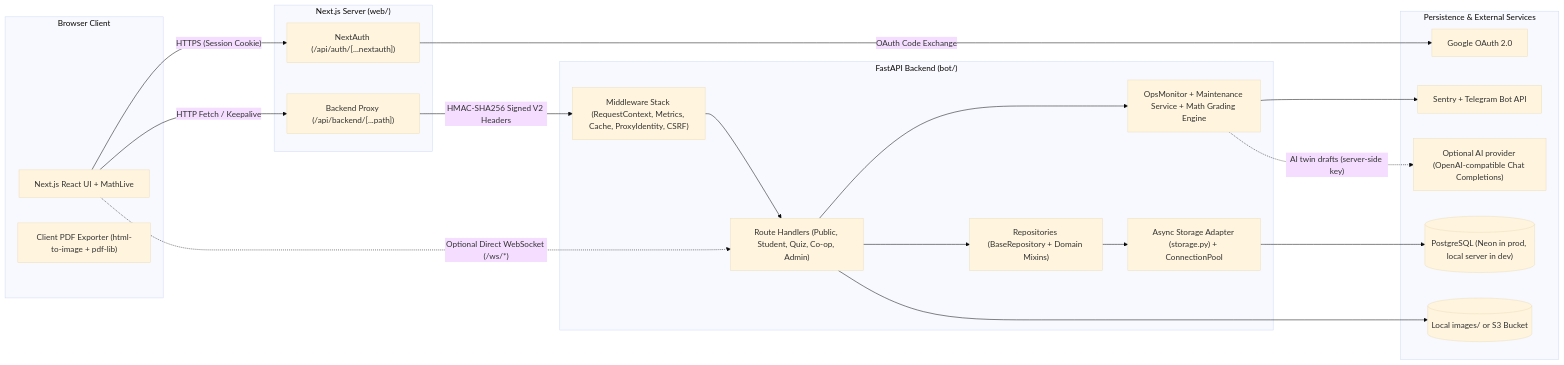
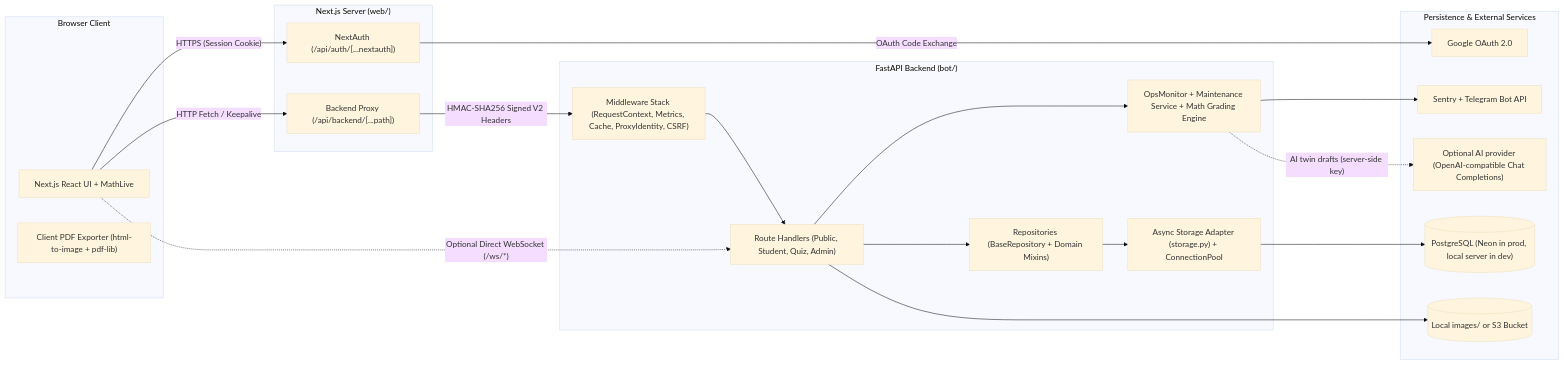
One commit to ernurreen-rgb/mathbott changed the diagram in docs/architecture/system-overview.md. Above: the diagram before and after it, drawn with Mermaid (base theme). The commit also changed other lines of this file and 38 other files, not shown here.

````diff
--- a/docs/architecture/system-overview.md
+++ b/docs/architecture/system-overview.md
@@ -11,42 +11,42 @@
 ```mermaid
 flowchart LR
     subgraph Client["Browser Client"]
         UI["Next.js React UI + MathLive"]
         PDF["Client PDF Exporter (html-to-image + pdf-lib)"]
     end
 
     subgraph Edge["Next.js Server (web/)"]
         NextAuth["NextAuth (/api/auth/[...nextauth])"]
         Proxy["Backend Proxy (/api/backend/[...path])"]
     end
 
     subgraph API["FastAPI Backend (bot/)"]
         MW["Middleware Stack (RequestContext, Metrics, Cache, ProxyIdentity, CSRF)"]
-        Routes["Route Handlers (Public, Student, Quiz, Co-op, Admin)"]
+        Routes["Route Handlers (Public, Student, Quiz, Admin)"]
         Services["OpsMonitor + Maintenance Service + Math Grading Engine"]
         Repos["Repositories (BaseRepository + Domain Mixins)"]
         Storage["Async Storage Adapter (storage.py) + ConnectionPool"]
     end
 
     subgraph Infra["Persistence & External Services"]
         DB[("PostgreSQL (Neon in prod, local server in dev)")]
         Img[("Local images/ or S3 Bucket")]
         OAuth["Google OAuth 2.0"]
         Sentry["Sentry + Telegram Bot API"]
         AI["Optional AI provider (OpenAI-compatible Chat Completions)"]
     end
 
     UI -->|"HTTPS (Session Cookie)"| NextAuth
     NextAuth -->|"OAuth Code Exchange"| OAuth
     UI -->|"HTTP Fetch / Keepalive"| Proxy
     Proxy -->|"HMAC-SHA256 Signed V2 Headers"| MW
     UI -.->|"Optional Direct WebSocket (/ws/*)"| Routes
     MW --> Routes
     Routes --> Services
     Routes --> Repos
     Repos --> Storage
     Storage --> DB
     Routes --> Img
     Services --> Sentry
     Services -.->|"AI twin drafts (server-side key)"| AI
 ```
````
